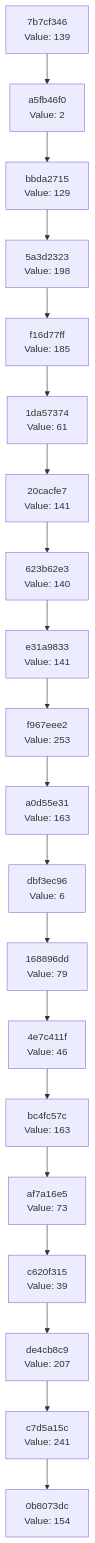
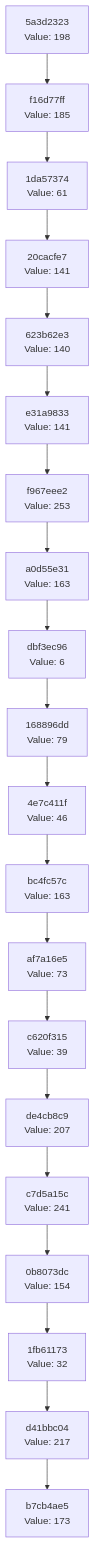
Before and after one commit to Abhisheksinha1506/hash-chain-evolver: the diagram in docs/CHAIN_VISUALIZATION.md, drawn with Mermaid. The commit also changed 2 other files, not shown here.

Commit message:
Evolution step: hash 0xAD → action executed

````diff
--- a/docs/CHAIN_VISUALIZATION.md
+++ b/docs/CHAIN_VISUALIZATION.md
@@ -3,42 +3,42 @@
 ```mermaid
 graph TD
-    C0["0b8073dc<br/>Value: 154"]
-    C1["c7d5a15c<br/>Value: 241"]
+    C0["b7cb4ae5<br/>Value: 173"]
+    C1["d41bbc04<br/>Value: 217"]
     C1 --> C0
-    C2["de4cb8c9<br/>Value: 207"]
+    C2["1fb61173<br/>Value: 32"]
     C2 --> C1
-    C3["c620f315<br/>Value: 39"]
+    C3["0b8073dc<br/>Value: 154"]
     C3 --> C2
-    C4["af7a16e5<br/>Value: 73"]
+    C4["c7d5a15c<br/>Value: 241"]
     C4 --> C3
-    C5["bc4fc57c<br/>Value: 163"]
+    C5["de4cb8c9<br/>Value: 207"]
     C5 --> C4
-    C6["4e7c411f<br/>Value: 46"]
+    C6["c620f315<br/>Value: 39"]
     C6 --> C5
-    C7["168896dd<br/>Value: 79"]
+    C7["af7a16e5<br/>Value: 73"]
     C7 --> C6
-    C8["dbf3ec96<br/>Value: 6"]
+    C8["bc4fc57c<br/>Value: 163"]
     C8 --> C7
-    C9["a0d55e31<br/>Value: 163"]
+    C9["4e7c411f<br/>Value: 46"]
     C9 --> C8
-    C10["f967eee2<br/>Value: 253"]
+    C10["168896dd<br/>Value: 79"]
     C10 --> C9
-    C11["e31a9833<br/>Value: 141"]
+    C11["dbf3ec96<br/>Value: 6"]
     C11 --> C10
-    C12["623b62e3<br/>Value: 140"]
+    C12["a0d55e31<br/>Value: 163"]
     C12 --> C11
-    C13["20cacfe7<br/>Value: 141"]
+    C13["f967eee2<br/>Value: 253"]
     C13 --> C12
-    C14["1da57374<br/>Value: 61"]
+    C14["e31a9833<br/>Value: 141"]
     C14 --> C13
-    C15["f16d77ff<br/>Value: 185"]
+    C15["623b62e3<br/>Value: 140"]
     C15 --> C14
-    C16["5a3d2323<br/>Value: 198"]
+    C16["20cacfe7<br/>Value: 141"]
     C16 --> C15
-    C17["bbda2715<br/>Value: 129"]
+    C17["1da57374<br/>Value: 61"]
     C17 --> C16
-    C18["a5fb46f0<br/>Value: 2"]
+    C18["f16d77ff<br/>Value: 185"]
     C18 --> C17
-    C19["7b7cf346<br/>Value: 139"]
+    C19["5a3d2323<br/>Value: 198"]
     C19 --> C18
 ```
````
